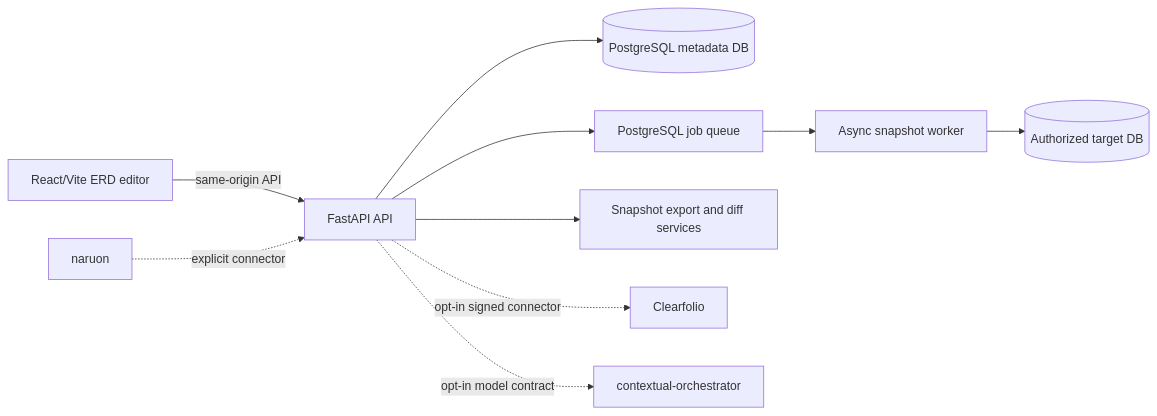
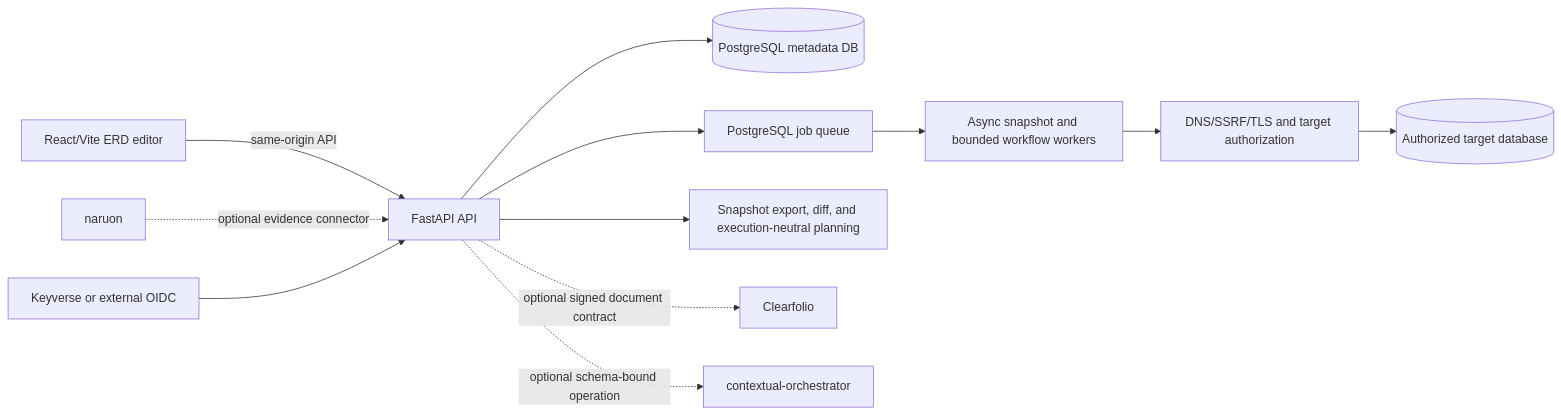
One commit to ContextualWisdomLab/pg-erd-cloud changed the first of 2 diagrams in ARCHITECTURE.md. Above: the diagram before and after it, drawn with Mermaid. The commit also changed other lines of this file, not shown here.

Commit message:
docs: align architecture with completion authority

````diff
--- a/ARCHITECTURE.md
+++ b/ARCHITECTURE.md
@@ -24,12 +50,14 @@
 ```mermaid
 flowchart LR
   Browser[React/Vite ERD editor] -->|same-origin API| Api[FastAPI API]
   Api --> Meta[(PostgreSQL metadata DB)]
   Api --> Queue[PostgreSQL job queue]
-  Queue --> Worker[Async snapshot worker]
-  Worker --> Target[(Authorized target DB)]
-  Api --> Export[Snapshot export and diff services]
-  Api -. opt-in signed connector .-> Clearfolio[Clearfolio]
-  Api -. opt-in model contract .-> Orchestrator[contextual-orchestrator]
-  Naruon[naruon] -. explicit connector .-> Api
+  Queue --> Worker[Async snapshot and bounded workflow workers]
+  Worker --> Guard[DNS/SSRF/TLS and target authorization]
+  Guard --> Target[(Authorized target database)]
+  Api --> Export[Snapshot export, diff, and execution-neutral planning]
+  Api -. optional signed document contract .-> Clearfolio[Clearfolio]
+  Api -. optional schema-bound operation .-> Orchestrator[contextual-orchestrator]
+  Naruon[naruon] -. optional evidence connector .-> Api
+  Keyverse[Keyverse or external OIDC] --> Api
 ```
````
